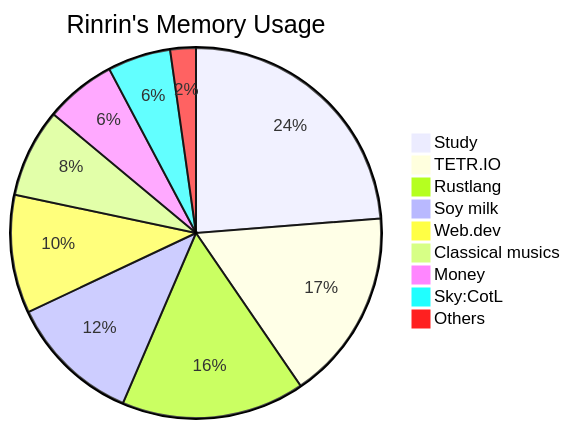
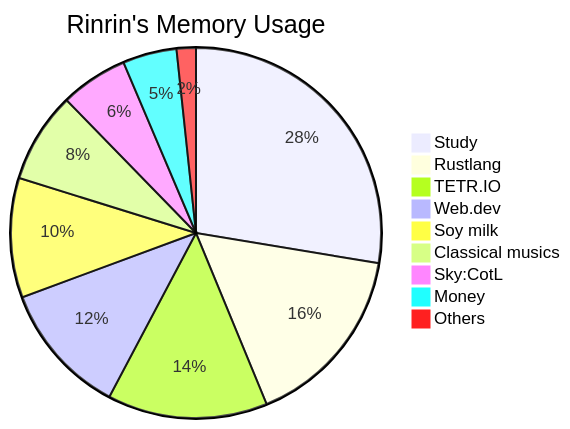
The diagram in README.md (Rinrin0413/Rinrin0413), drawn with Mermaid before and after one commit. The commit also changed other lines of this file, not shown here.

Commit message:
Update:Rinrin's Memory Usage / intro

````diff
--- a/README.md
+++ b/README.md
@@ -74,12 +74,12 @@
 ```mermaid
 pie title Rinrin's Memory Usage
-    "Study": 138
-    "TETR.IO": 97
-    "Rustlang": 93
-    "Soy milk": 67
-    "Web.dev": 60
-    "Classical musics": 45
-    "Money": 36
-    "Sky:CotL": 32
-    "Others": 13
+    "Study": 164
+    "Rustlang": 96
+    "TETR.IO": 83
+    "Web.dev": 69
+    "Soy milk": 62
+    "Classical musics": 47
+    "Sky:CotL": 35
+    "Money": 28
+    "Others": 10
 ```
````
